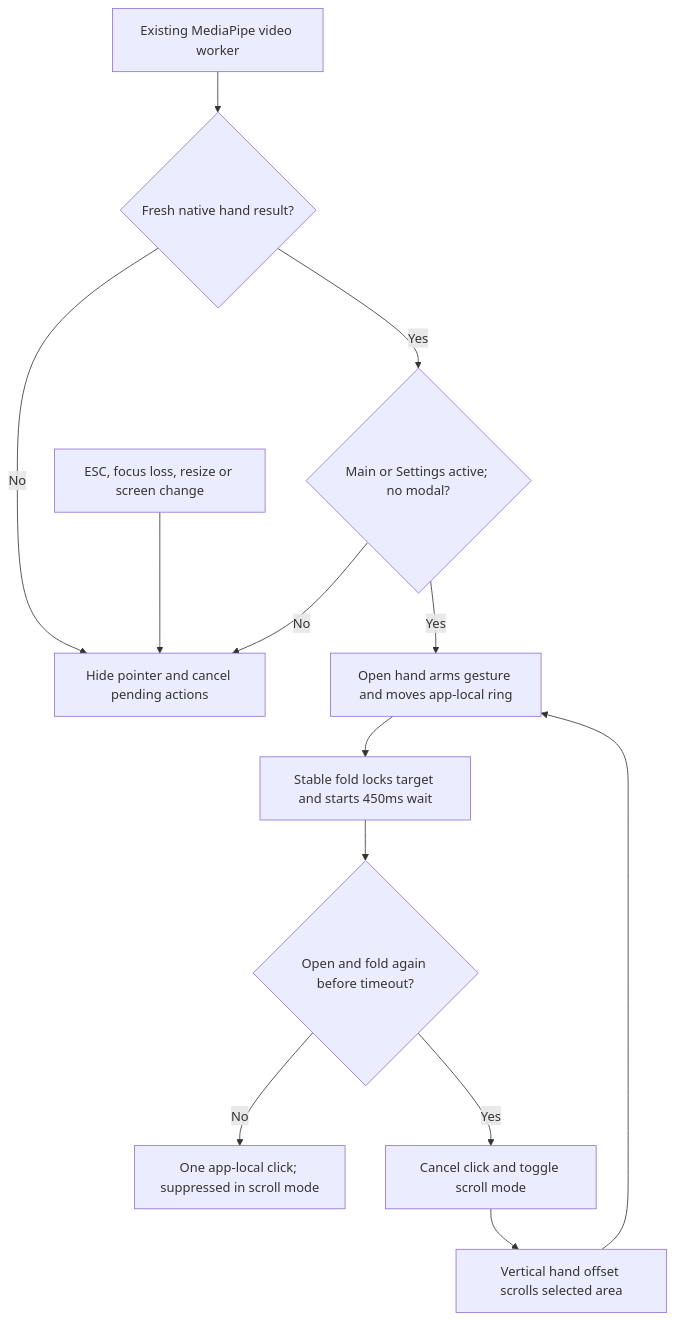
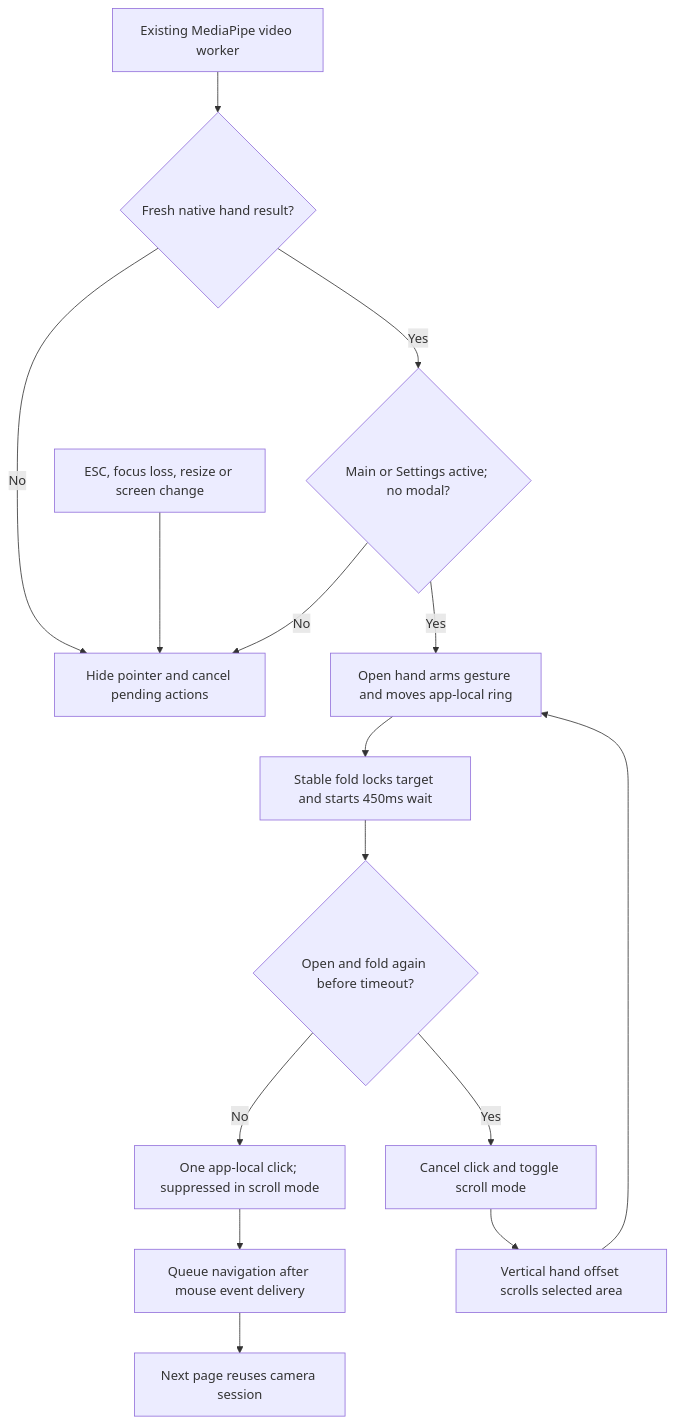
Before and after one commit to didtjr5080/Rythm-Game: the diagram in diagrams/hand-cursor.md, drawn with Mermaid. The commit also changed 24 other files, not shown here.

````diff
--- a/diagrams/hand-cursor.md
+++ b/diagrams/hand-cursor.md
@@ -3,15 +3,17 @@
 ```mermaid
 flowchart TD
     MP[Existing MediaPipe video worker] --> VALID{Fresh native hand result?}
     VALID -- No --> RESET[Hide pointer and cancel pending actions]
     VALID -- Yes --> SCOPE{Main or Settings active; no modal?}
     SCOPE -- No --> RESET
     SCOPE -- Yes --> OPEN[Open hand arms gesture and moves app-local ring]
     OPEN --> FOLD[Stable fold locks target and starts 450ms wait]
     FOLD --> AGAIN{Open and fold again before timeout?}
     AGAIN -- No --> CLICK[One app-local click; suppressed in scroll mode]
+    CLICK --> NEXT[Queue navigation after mouse event delivery]
+    NEXT --> SHARE[Next page reuses camera session]
     AGAIN -- Yes --> MODE[Cancel click and toggle scroll mode]
     MODE --> VERTICAL[Vertical hand offset scrolls selected area]
     VERTICAL --> OPEN
     ESC[ESC, focus loss, resize or screen change] --> RESET
 ```
````
